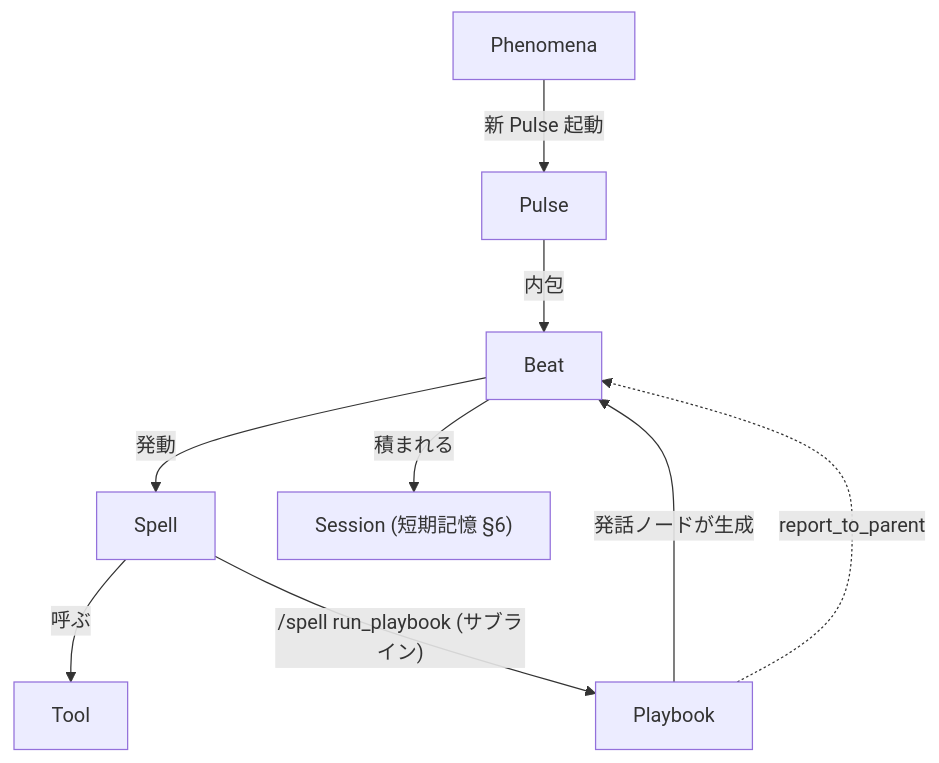
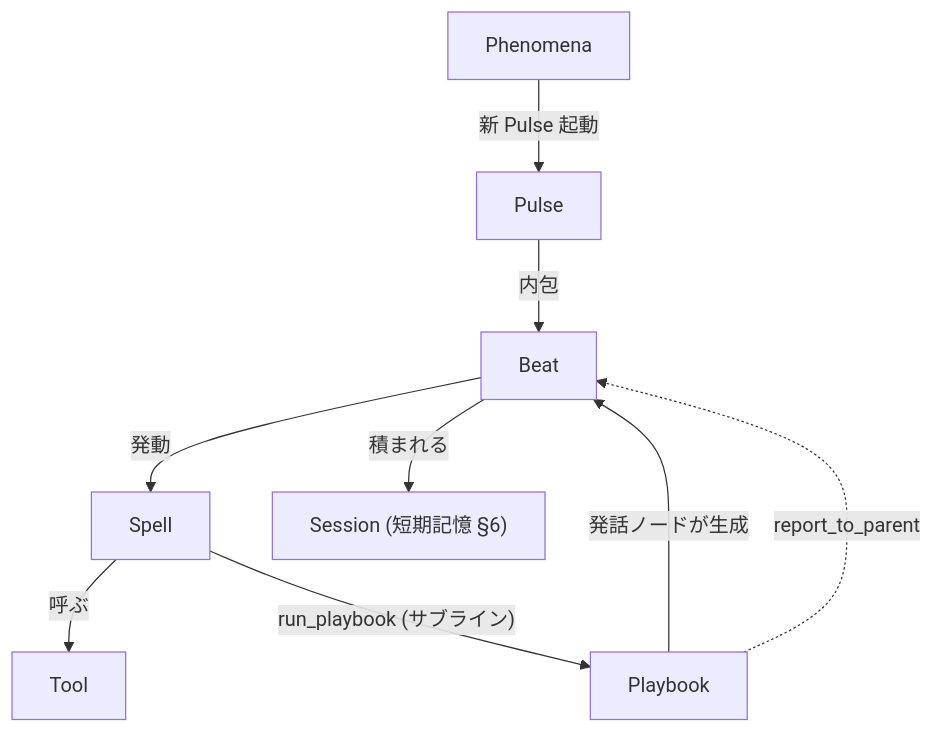
Before and after one commit to maha0525/SAIVerse: the fourth of 7 diagrams in docs/overview/landscape.md, drawn with Mermaid. The commit also changed other lines of this file and 2 other files, not shown here.

First line of the commit message:
fix: Spell 構文表記を全ドキュメントで実装準拠に統一

````diff
--- a/docs/overview/landscape.md
+++ b/docs/overview/landscape.md
@@ -218,11 +218,11 @@
 ```mermaid
 graph TD
     Phenomena -->|新 Pulse 起動| Pulse
     Pulse -->|内包| Beat
     Playbook -->|発話ノードが生成| Beat
     Beat -->|発動| Spell
     Spell -->|呼ぶ| Tool
-    Spell -->|"/spell run_playbook (サブライン)"| Playbook
+    Spell -->|"run_playbook (サブライン)"| Playbook
     Playbook -.->|report_to_parent| Beat
     Beat -->|積まれる| Session["Session (短期記憶 §6)"]
 ```
````
